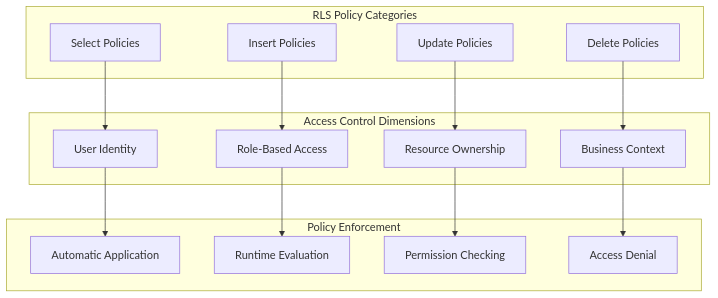
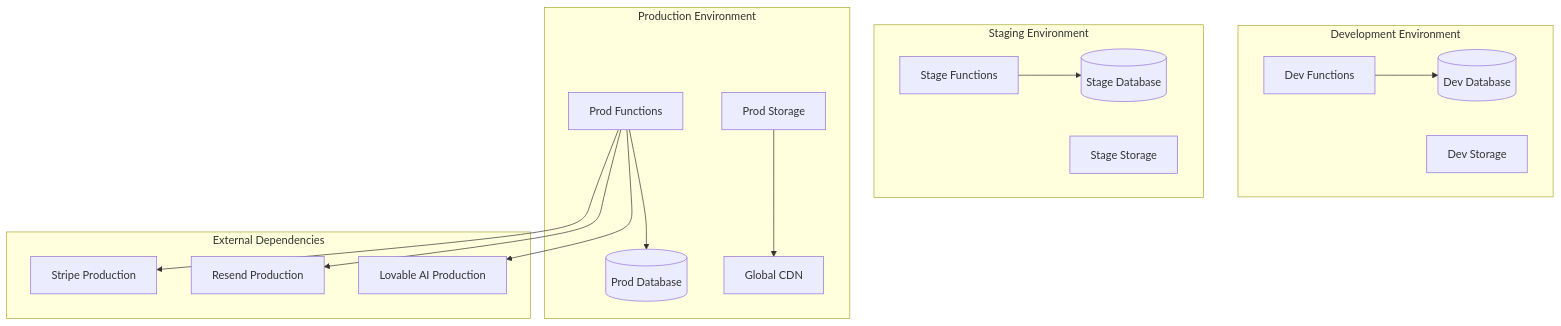
Before and after one commit to sleekapparels-admin/sleekapp-v100: the fifth of 5 diagrams in .qoder/repowiki/en/content/Backend Architecture/Backend Architecture.md, drawn with Mermaid. The commit also changed other lines of this file and 337 other files, not shown here.

````diff
--- a/.qoder/repowiki/en/content/Backend Architecture/Backend Architecture.md
+++ b/.qoder/repowiki/en/content/Backend Architecture/Backend Architecture.md
@@ -356,29 +440,31 @@
 ```mermaid
 graph TB
-subgraph "RLS Policy Categories"
-P1[Select Policies]
-P2[Insert Policies]
-P3[Update Policies]
-P4[Delete Policies]
+subgraph "Development Environment"
+DevDB[(Dev Database)]
+DevFuncs[Dev Functions]
+DevStorage[Dev Storage]
 end
-subgraph "Access Control Dimensions"
-D1[User Identity]
-D2[Role-Based Access]
-D3[Resource Ownership]
-D4[Business Context]
+subgraph "Staging Environment"
+StageDB[(Stage Database)]
+StageFuncs[Stage Functions]
+StageStorage[Stage Storage]
 end
-subgraph "Policy Enforcement"
-E1[Automatic Application]
-E2[Runtime Evaluation]
-E3[Permission Checking]
-E4[Access Denial]
+subgraph "Production Environment"
+ProdDB[(Prod Database)]
+ProdFuncs[Prod Functions]
+ProdStorage[Prod Storage]
+CDN[Global CDN]
 end
-P1 --> D1
-P2 --> D2
-P3 --> D3
-P4 --> D4
-D1 --> E1
-D2 --> E2
-D3 --> E3
-D4 --> E4
+subgraph "External Dependencies"
+StripeProd[Stripe Production]
+ResendProd[Resend Production]
+LovableAIProd[Lovable AI Production]
+end
+DevFuncs --> DevDB
+StageFuncs --> StageDB
+ProdFuncs --> ProdDB
+ProdFuncs --> StripeProd
+ProdFuncs --> ResendProd
+ProdFuncs --> LovableAIProd
+ProdStorage --> CDN
 ```
````
